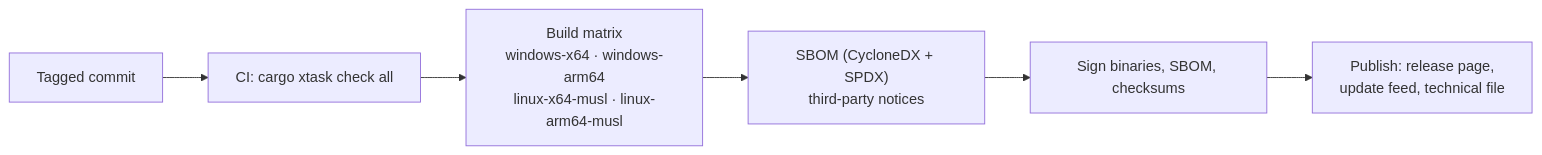
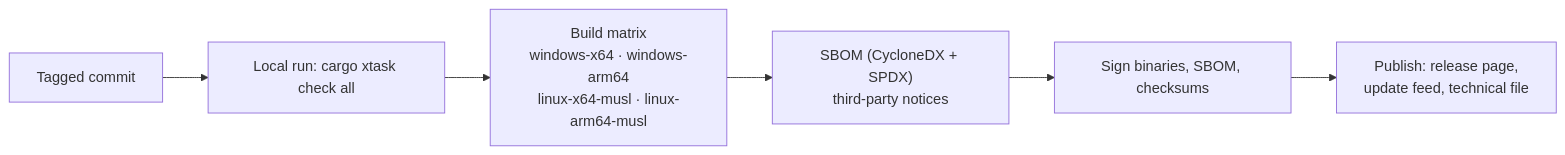
One commit to Nusi42/Bugaboo changed the third of 3 diagrams in docs/architecture/06-deployment.md. Above: the diagram before and after it, drawn with Mermaid. The commit also changed other lines of this file and 16 other files, not shown here.

````diff
--- a/docs/architecture/06-deployment.md
+++ b/docs/architecture/06-deployment.md
@@ -124,8 +124,8 @@
 ```mermaid
 flowchart LR
-  src["Tagged commit"] --> ci["CI: cargo xtask check all"]
+  src["Tagged commit"] --> ci["Local run: cargo xtask check all"]
   ci --> build["Build matrix<br/>windows-x64 · windows-arm64<br/>linux-x64-musl · linux-arm64-musl"]
   build --> sbom["SBOM (CycloneDX + SPDX)<br/>third-party notices"]
   sbom --> sign["Sign binaries, SBOM, checksums"]
   sign --> pub["Publish: release page,<br/>update feed, technical file"]
 ```
````
